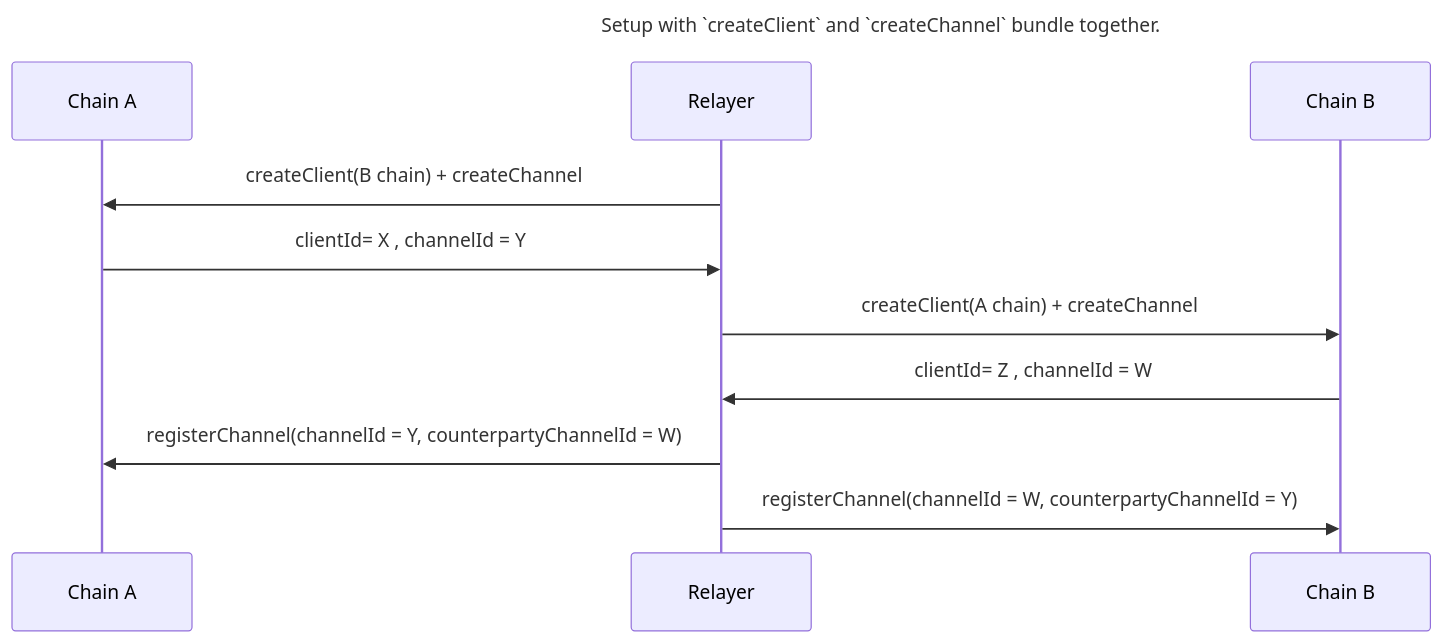
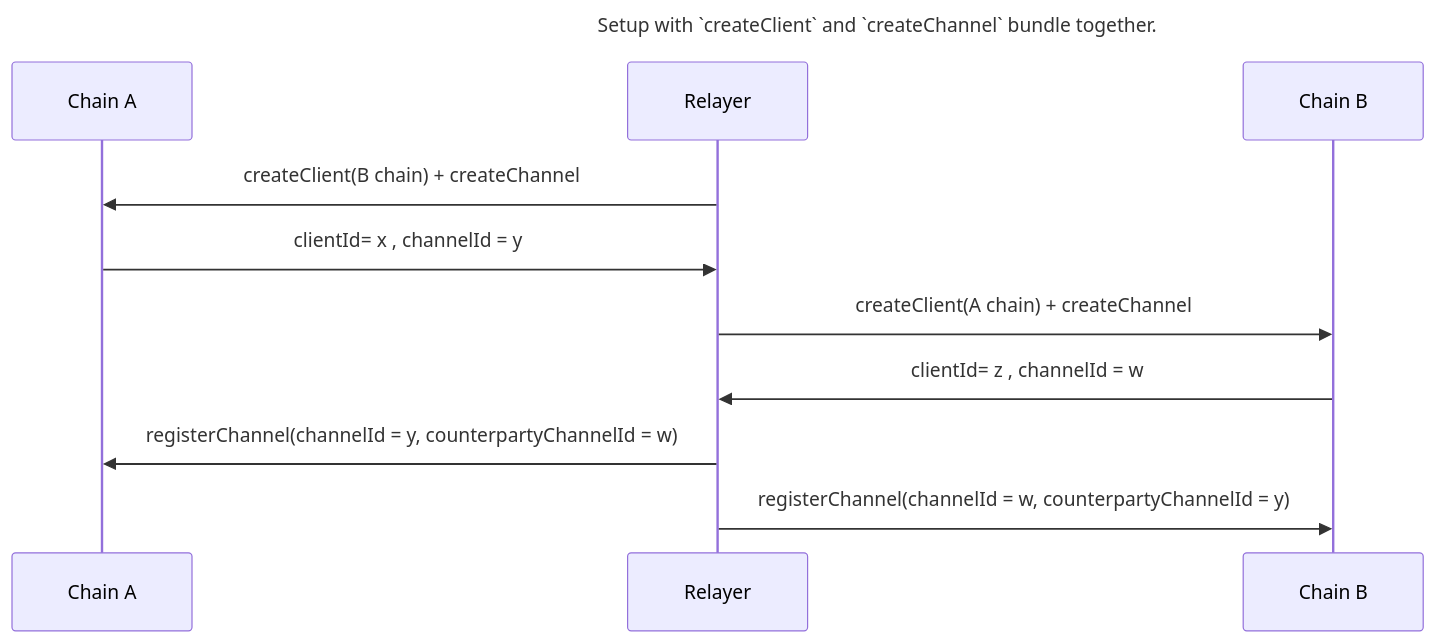
One commit to cosmos/ibc changed the first of 5 diagrams in spec/core/v2/ics-004-packet-semantics/README.md. Above: the diagram before and after it, drawn with Mermaid. The commit also changed other lines of this file, not shown here.

Commit message:
diagram fixes

````diff
--- a/spec/core/v2/ics-004-packet-semantics/README.md
+++ b/spec/core/v2/ics-004-packet-semantics/README.md
@@ -237,15 +237,15 @@
 ```mermaid
 ---
 title: Setup with `createClient` and `createChannel` bundle together.  
 ---
 sequenceDiagram  
     Participant Chain A
     Participant Relayer 
     Participant Chain B
     Relayer ->> Chain A : createClient(B chain) + createChannel
-    Chain A ->> Relayer : clientId= X , channelId = Y
+    Chain A ->> Relayer : clientId= x , channelId = y
     Relayer ->> Chain B : createClient(A chain) + createChannel
-    Chain B ->> Relayer : clientId= Z , channelId = W
-    Relayer ->> Chain A : registerChannel(channelId = Y, counterpartyChannelId = W)
-    Relayer ->> Chain B : registerChannel(channelId = W, counterpartyChannelId = Y) 
+    Chain B ->> Relayer : clientId= z , channelId = w
+    Relayer ->> Chain A : registerChannel(channelId = y, counterpartyChannelId = w)
+    Relayer ->> Chain B : registerChannel(channelId = w, counterpartyChannelId = y) 
 ```
````
